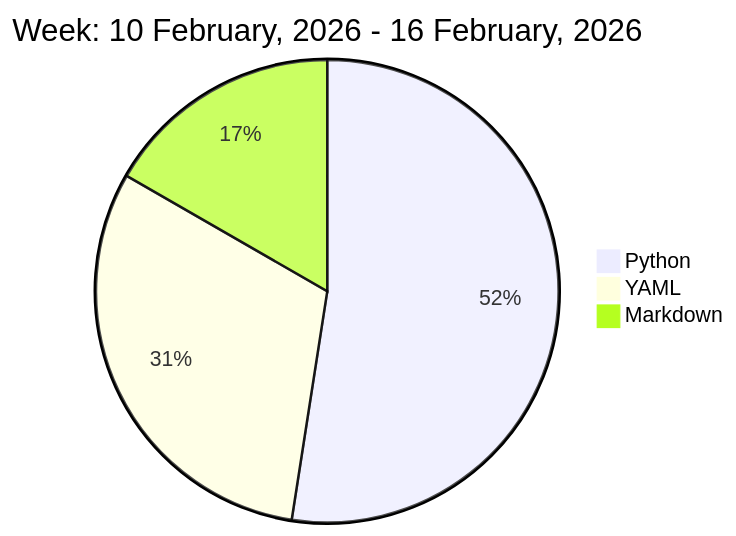
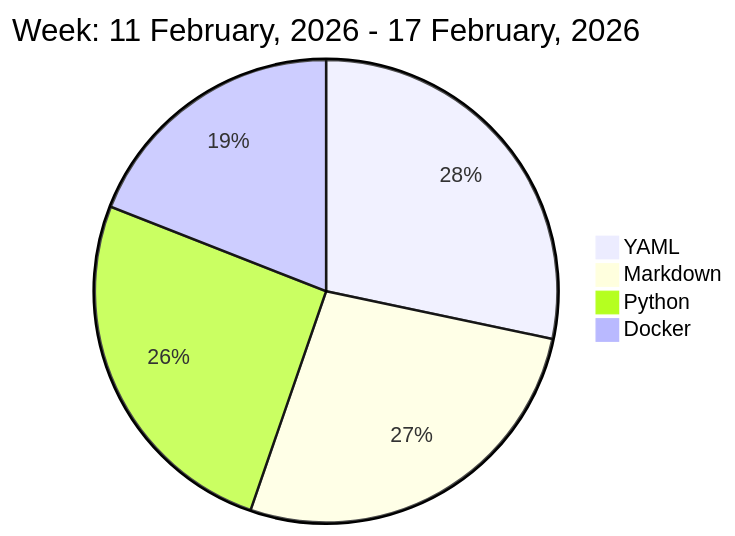
The diagram in README.md (liubin95/liubin95), drawn with Mermaid before and after one commit.

Commit message:
Updated the Graph with new Metrics

````diff
--- a/README.md
+++ b/README.md
@@ -37,7 +37,8 @@
 ```mermaid
  pie
-title Week: 10 February, 2026 - 16 February, 2026
- "Python" : 3.52
- "YAML" : 2.07
- "Markdown" : 1.12
+title Week: 11 February, 2026 - 17 February, 2026
+ "YAML" : 1.07
+ "Markdown" : 1.02
+ "Python" : 0.97
+ "Docker" : 0.72
 ```
````
